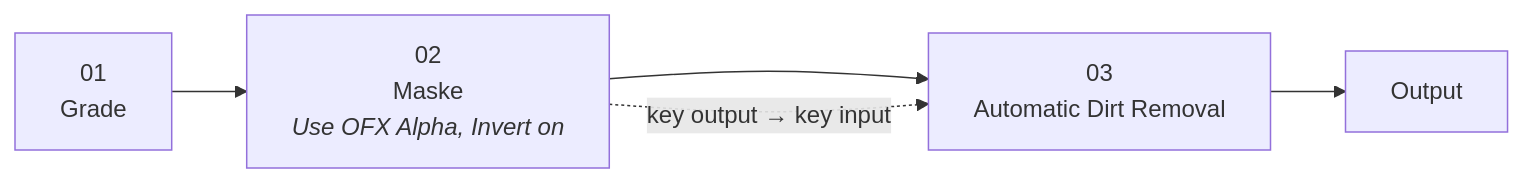
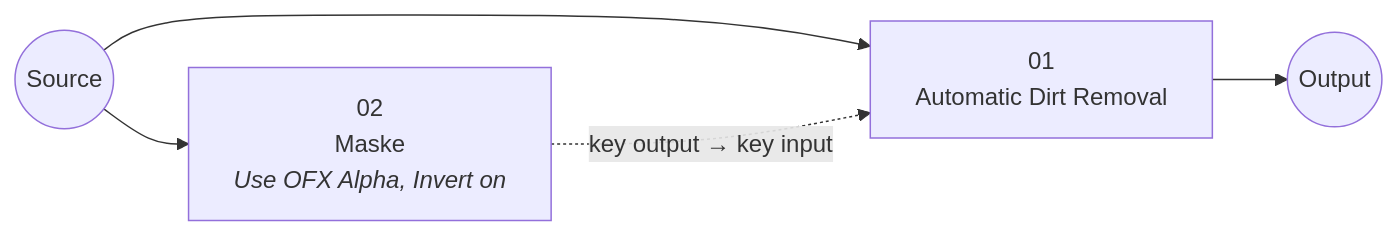
Before and after one commit to hayaksirehberi/maske-ofx: the diagram in README.md, drawn with Mermaid. The commit also changed other lines of this file, not shown here.

Commit message:
Fix node diagram: Maske is a parallel matte node, not part of the serial chain

````diff
--- a/README.md
+++ b/README.md
@@ -24,7 +24,7 @@
 ```mermaid
 flowchart LR
-    A[01<br/>Grade] --> B[02<br/>Maske<br/><i>Use OFX Alpha, Invert on</i>]
-    B --> C[03<br/>Automatic Dirt Removal]
-    B -. "key output → key input" .-> C
-    C --> D[Output]
+    S((Source)) --> A["01<br/>Automatic Dirt Removal"]
+    S --> M["02<br/>Maske<br/><i>Use OFX Alpha, Invert on</i>"]
+    M -. "key output → key input" .-> A
+    A --> O((Output))
 ```
````
